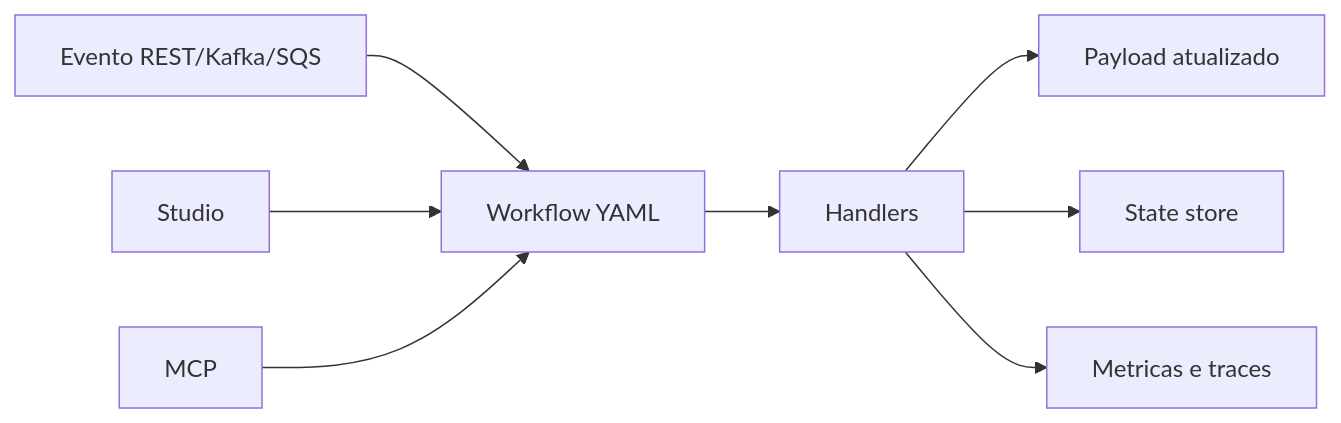
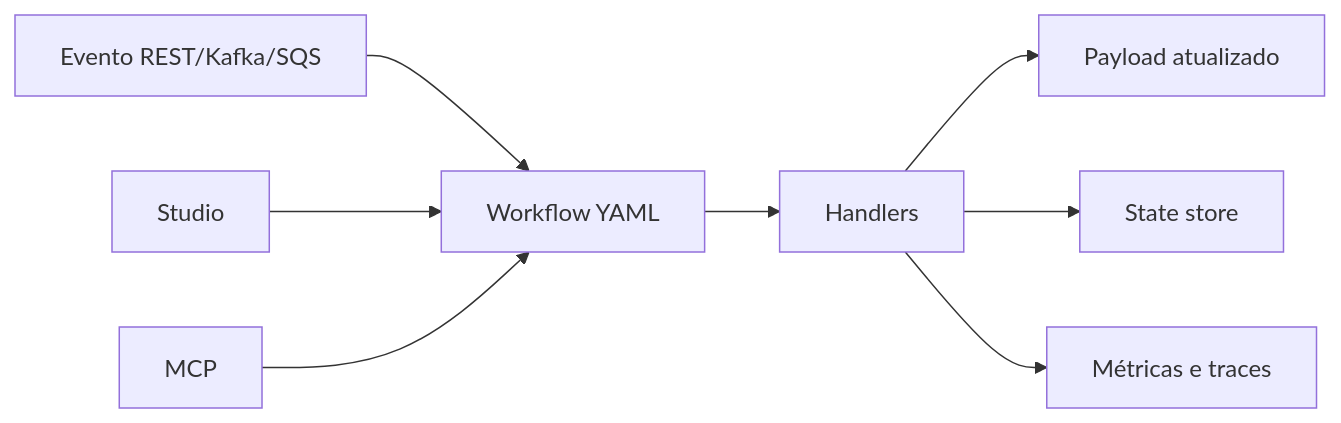
Before and after one commit to raywall/routing-slip-pattern: the diagram in studio/docs/content/01-introducao/01-visao-geral.md, drawn with Mermaid. The commit also changed other lines of this file and 40 other files, not shown here.

````diff
--- a/studio/docs/content/01-introducao/01-visao-geral.md
+++ b/studio/docs/content/01-introducao/01-visao-geral.md
@@ -7,10 +7,10 @@
 ```mermaid
 flowchart LR
   A[Evento REST/Kafka/SQS] --> B[Workflow YAML]
   B --> C[Handlers]
   C --> D[Payload atualizado]
   C --> E[State store]
-  C --> F[Metricas e traces]
+  C --> F[Métricas e traces]
   G[Studio] --> B
   H[MCP] --> B
 ```
````
